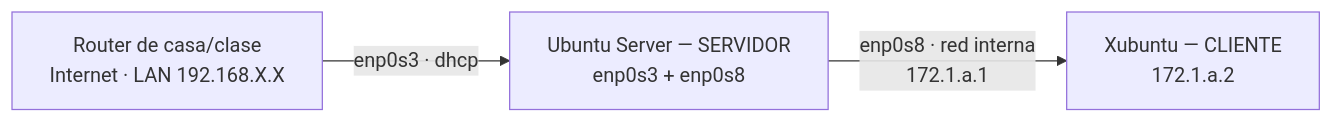
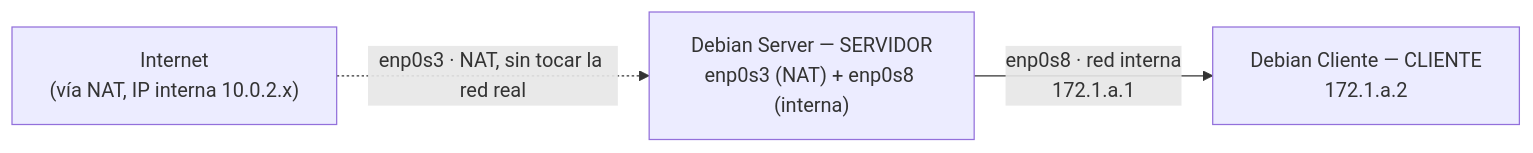
One commit to JoseAngelSeveroOchoa/Servicios-en-red changed the diagram in docs/UD01_DHCP_PRACTICA1.md. Above: the diagram before and after it, drawn with Mermaid. The commit also changed other lines of this file and 3 other files, not shown here.

````diff
--- a/docs/UD01_DHCP_PRACTICA1.md
+++ b/docs/UD01_DHCP_PRACTICA1.md
@@ -17,9 +22,9 @@
 ```mermaid
 graph LR
-    R["Router de casa/clase<br>Internet · LAN 192.168.X.X"]
-    S["Ubuntu Server — SERVIDOR<br>enp0s3 + enp0s8"]
-    C["Xubuntu — CLIENTE<br>172.1.a.2"]
+    N["Internet<br>(vía NAT, IP interna 10.0.2.x)"]
+    S["Debian Server — SERVIDOR<br>enp0s3 (NAT) + enp0s8 (interna)"]
+    C["Debian Cliente — CLIENTE<br>172.1.a.2"]
 
-    R -- "enp0s3 · dhcp" --> S
+    N -. "enp0s3 · NAT, sin tocar la red real" .-> S
     S -- "enp0s8 · red interna<br>172.1.a.1" --> C
 ```
````
